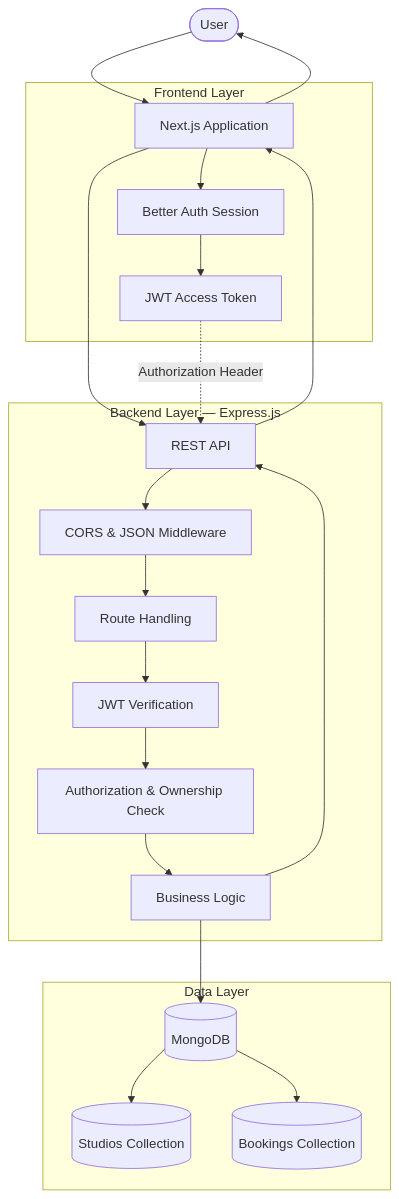
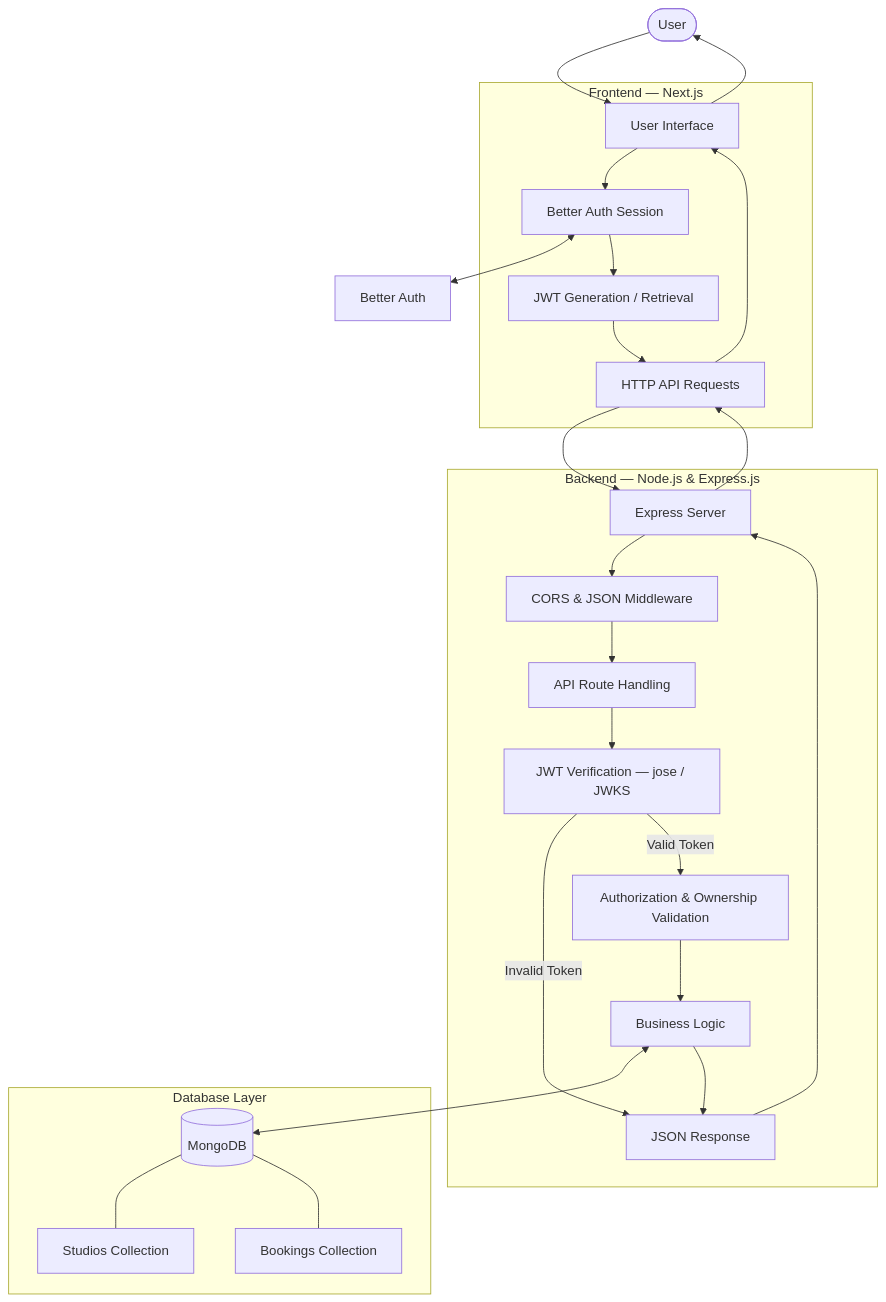
Before and after one commit to talukder123/studioSpace-server: the diagram in README.md, drawn with Mermaid. The commit also changed other lines of this file, not shown here.

````diff
--- a/README.md
+++ b/README.md
@@ -36,43 +31,50 @@
 ```mermaid
 flowchart TB
-    U(["User"])
+    USER(["User"])
 
-    subgraph CLIENT["Frontend Layer"]
-        FE["Next.js Application"]
-        AUTH["Better Auth Session"]
-        TOKEN["JWT Access Token"]
+    subgraph FRONTEND["Frontend — Next.js"]
+        UI["User Interface"]
+        SESSION["Better Auth Session"]
+        JWT["JWT Generation / Retrieval"]
+        REQUEST["HTTP API Requests"]
     end
 
-    subgraph SERVER["Backend Layer — Express.js"]
-        API["REST API"]
-        CORS["CORS & JSON Middleware"]
-        ROUTE["Route Handling"]
-        JWT["JWT Verification"]
-        AUTHZ["Authorization & Ownership Check"]
-        LOGIC["Business Logic"]
+    subgraph BACKEND["Backend — Node.js & Express.js"]
+        SERVER["Express Server"]
+        MIDDLEWARE["CORS & JSON Middleware"]
+        ROUTES["API Route Handling"]
+        VERIFY["JWT Verification — jose / JWKS"]
+        AUTHZ["Authorization & Ownership Validation"]
+        BUSINESS["Business Logic"]
+        RESPONSE["JSON Response"]
     end
 
-    subgraph DATABASE["Data Layer"]
+    subgraph DATABASE["Database Layer"]
         MONGO[("MongoDB")]
-        STUDIOS[("Studios Collection")]
-        BOOKINGS[("Bookings Collection")]
+        STUDIOS["Studios Collection"]
+        BOOKINGS["Bookings Collection"]
     end
 
-    U --> FE
-    FE --> AUTH
-    AUTH --> TOKEN
-    FE --> API
-    TOKEN -. "Authorization Header" .-> API
-    API --> CORS
-    CORS --> ROUTE
-    ROUTE --> JWT
-    JWT --> AUTHZ
-    AUTHZ --> LOGIC
-    LOGIC --> MONGO
-    MONGO --> STUDIOS
-    MONGO --> BOOKINGS
+    AUTH["Better Auth"]
 
-    LOGIC --> API
-    API --> FE
-    FE --> U
+    USER --> UI
+    UI --> SESSION
+    SESSION <--> AUTH
+    SESSION --> JWT
+    JWT --> REQUEST
+    REQUEST --> SERVER
+    SERVER --> MIDDLEWARE
+    MIDDLEWARE --> ROUTES
+    ROUTES --> VERIFY
+    VERIFY -->|"Invalid Token"| RESPONSE
+    VERIFY -->|"Valid Token"| AUTHZ
+    AUTHZ --> BUSINESS
+    BUSINESS <--> MONGO
+    MONGO --- STUDIOS
+    MONGO --- BOOKINGS
+    BUSINESS --> RESPONSE
+    RESPONSE --> SERVER
+    SERVER --> REQUEST
+    REQUEST --> UI
+    UI --> USER
 ```
````
